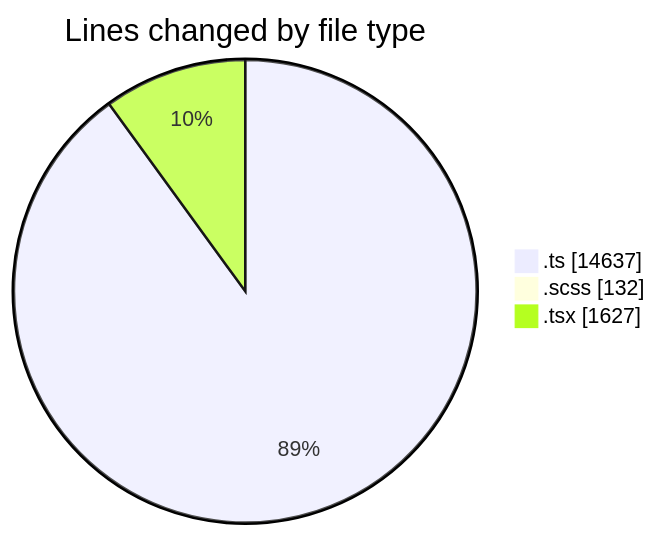
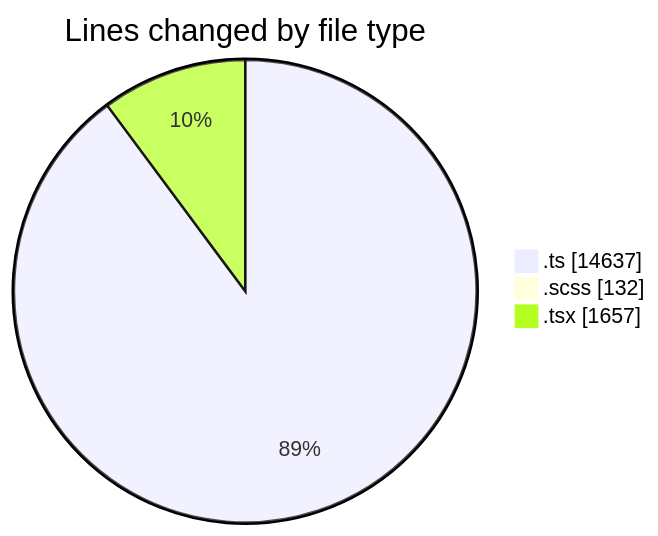
Before and after one commit to momahboobian/code-tracking: the first of 2 diagrams in 2025-08-27/cda/README.md, drawn with Mermaid. The commit also changed other lines of this file and 1 other file, not shown here.

````diff
--- a/2025-08-27/cda/README.md
+++ b/2025-08-27/cda/README.md
@@ -27,7 +27,7 @@
 ```mermaid
 pie showData
 title Lines changed by file type
 ".ts" : 14637
 ".scss" : 132
-".tsx" : 1627
+".tsx" : 1657
 ```
````
